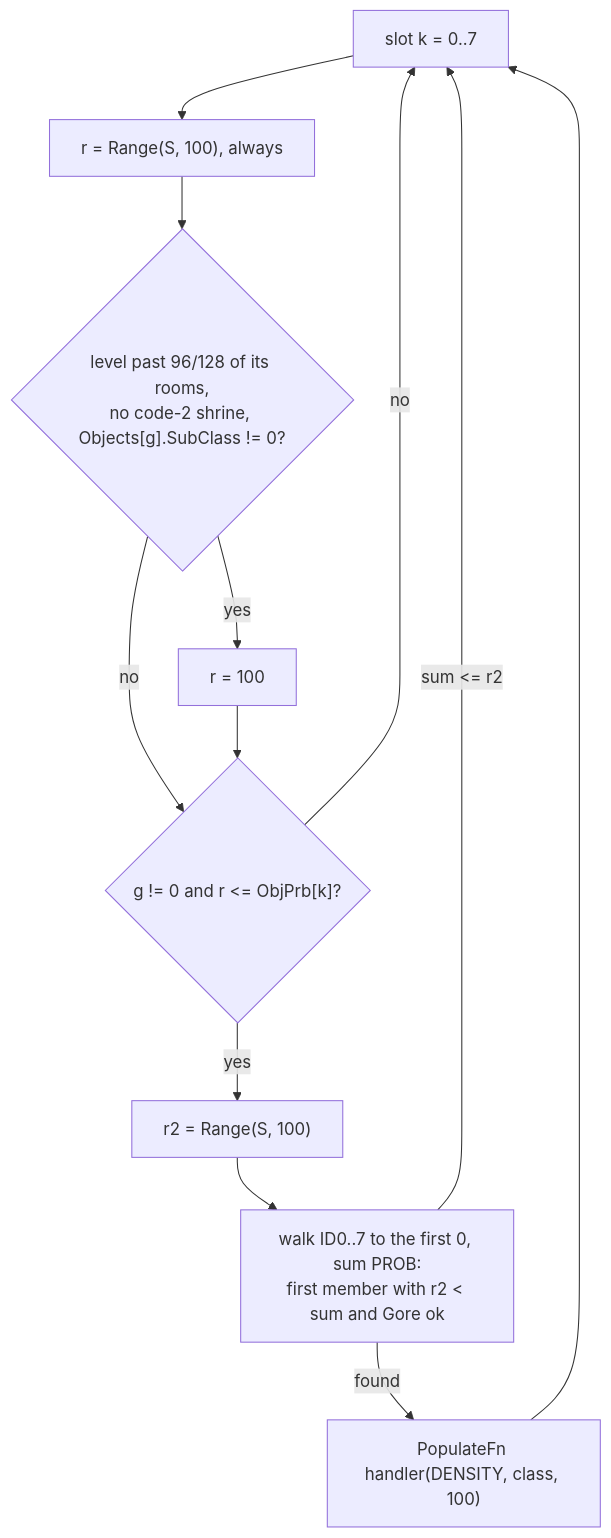
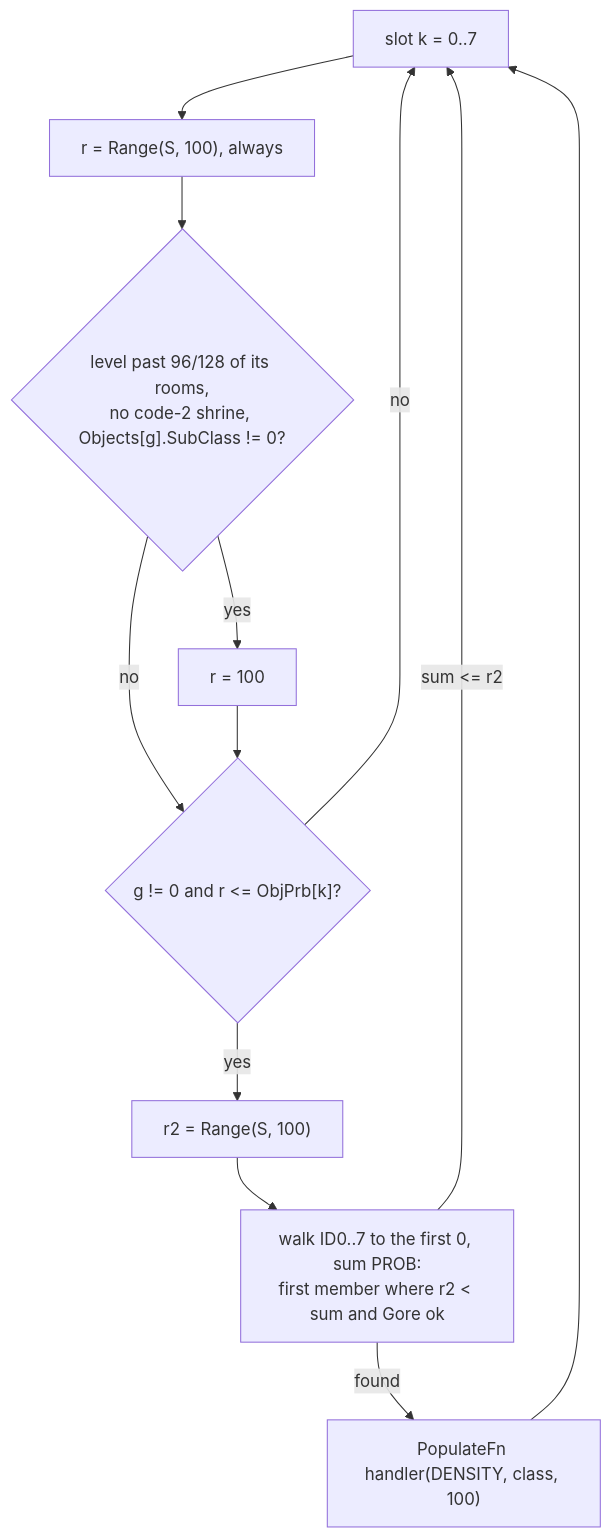
Before and after one commit to IgorKonovalov/diablo-2-recompilation: the fourth of 6 diagrams in docs/specs/objects/README.md, drawn with Mermaid. The commit also changed other lines of this file and 10 other files, not shown here.

````diff
--- a/docs/specs/objects/README.md
+++ b/docs/specs/objects/README.md
@@ -337,14 +336,14 @@
 ```mermaid
 flowchart TD
     k["slot k = 0..7"] --> r["r = Range(S, 100), always"]
     r --> f{"level past 96/128 of its rooms,<br/>no code-2 shrine, Objects[g].SubClass != 0?"}
     f -->|"yes"| r100["r = 100"]
     f -->|"no"| t{"g != 0 and r <= ObjPrb[k]?"}
     r100 --> t
     t -->|"no"| k
     t -->|"yes"| r2["r2 = Range(S, 100)"]
-    r2 --> w["walk ID0..7 to the first 0, sum PROB:<br/>first member with r2 < sum and Gore ok"]
+    r2 --> w["walk ID0..7 to the first 0, sum PROB:<br/>first member where r2 < sum and Gore ok"]
     w -->|"found"| h["PopulateFn handler(DENSITY, class, 100)"]
     w -->|"sum <= r2"| k
     h --> k
 ```
````
